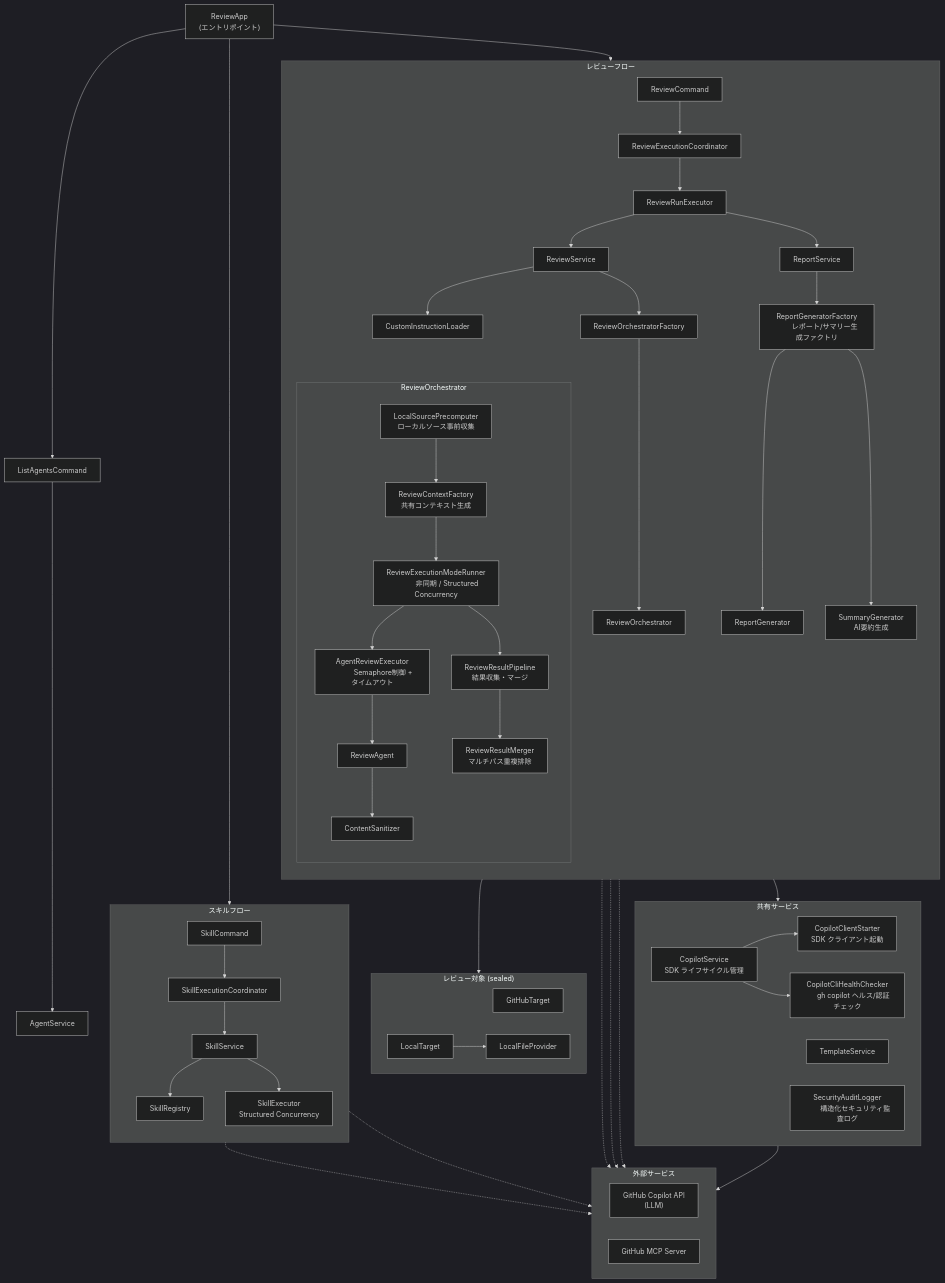
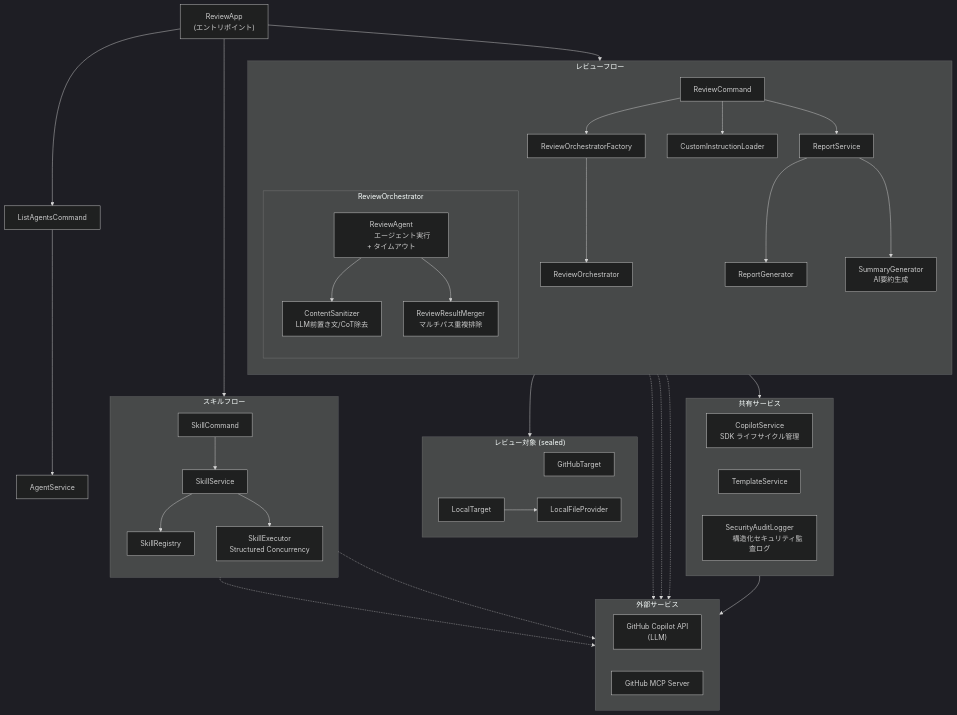
One commit to anishi1222/multi-agent-code-reviewer-v2 changed the diagram in README_ja.md. Above: the diagram before and after it, drawn with Mermaid (dark theme). The commit also changed other lines of this file and 95 other files, not shown here.

```diff
--- a/README_ja.md
+++ b/README_ja.md
@@ -749,42 +753,26 @@
     %% ── レビューフロー ──
     subgraph ReviewFlow["レビューフロー"]
         direction TB
-        ReviewCommand --> ReviewExecutionCoordinator
-        ReviewExecutionCoordinator --> ReviewRunExecutor
-
-        ReviewRunExecutor --> ReviewService
-        ReviewService --> CustomInstructionLoader
-        ReviewService --> ReviewOrchestratorFactory
+        ReviewCommand --> ReviewOrchestratorFactory
         ReviewOrchestratorFactory --> ReviewOrchestrator
+        ReviewCommand --> CustomInstructionLoader
 
         subgraph Orchestrator["ReviewOrchestrator"]
             direction TB
-            LocalSourcePrecomputer["LocalSourcePrecomputer
-            ローカルソース事前収集"]
-            ReviewContextFactory["ReviewContextFactory
-            共有コンテキスト生成"]
-            ReviewExecutionModeRunner["ReviewExecutionModeRunner
-            非同期 / Structured Concurrency"]
-            AgentReviewExecutor["AgentReviewExecutor
-            Semaphore制御 + タイムアウト"]
-            ReviewResultPipeline["ReviewResultPipeline
-            結果収集・マージ"]
+            ReviewAgent["ReviewAgent
+            エージェント実行 + タイムアウト"]
+            ContentSanitizer["ContentSanitizer
+            LLM前置き文/CoT除去"]
+            ReviewResultMerger["ReviewResultMerger
+            マルチパス重複排除"]
 
-            LocalSourcePrecomputer --> ReviewContextFactory
-            ReviewContextFactory --> ReviewExecutionModeRunner
-            ReviewExecutionModeRunner --> AgentReviewExecutor
-            AgentReviewExecutor --> ReviewAgent
             ReviewAgent --> ContentSanitizer
-            ReviewExecutionModeRunner --> ReviewResultPipeline
-            ReviewResultPipeline --> ReviewResultMerger["ReviewResultMerger
-            マルチパス重複排除"]
+            ReviewAgent --> ReviewResultMerger
         end
 
-        ReviewRunExecutor --> ReportService
-        ReportService --> ReportGeneratorFactory["ReportGeneratorFactory
-        レポート/サマリー生成ファクトリ"]
-        ReportGeneratorFactory --> ReportGenerator
-        ReportGeneratorFactory --> SummaryGenerator["SummaryGenerator
+        ReviewCommand --> ReportService
+        ReportService --> ReportGenerator
+        ReportService --> SummaryGenerator["SummaryGenerator
         AI要約生成"]
     end
 
@@ -794,8 +782,7 @@
     %% ── スキルフロー ──
     subgraph SkillFlow["スキルフロー"]
         direction TB
-        SkillCommand --> SkillExecutionCoordinator
-        SkillExecutionCoordinator --> SkillService
+        SkillCommand --> SkillService
         SkillService --> SkillRegistry
         SkillService --> SkillExecutor["SkillExecutor
         Structured Concurrency"]
@@ -807,25 +794,19 @@
         GitHubTarget
         LocalTarget --> LocalFileProvider
     end
-    ReviewService --> Target
+    ReviewOrchestrator --> Target
 
     %% ── 共有サービス ──
     subgraph Shared["共有サービス"]
         direction LR
         CopilotService["CopilotService
         SDK ライフサイクル管理"]
-      CopilotClientStarter["CopilotClientStarter
-      SDK クライアント起動"]
-      CopilotCliHealthChecker["CopilotCliHealthChecker
-      gh copilot ヘルス/認証チェック"]
         TemplateService
         SecurityAuditLogger["SecurityAuditLogger
         構造化セキュリティ監査ログ"]
     end
 
-    ReviewExecutionCoordinator --> CopilotService
-    CopilotService --> CopilotClientStarter
-    CopilotService --> CopilotCliHealthChecker
+    ReviewCommand --> CopilotService
 
     %% ── 外部サービス ──
     subgraph External["外部サービス"]
```
